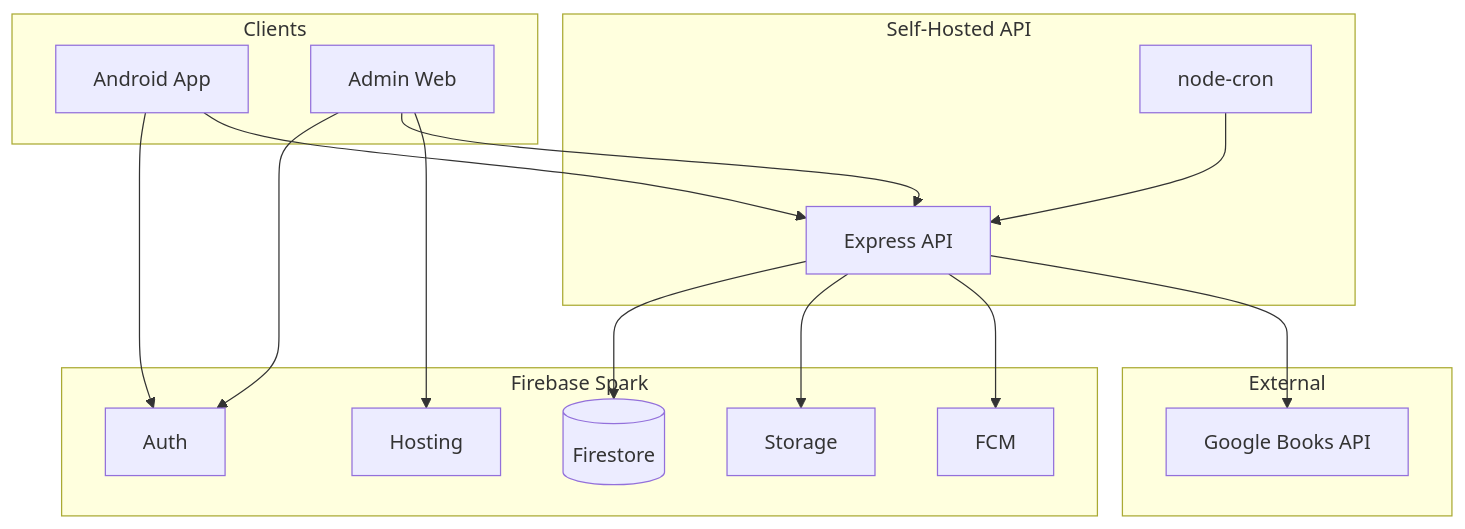
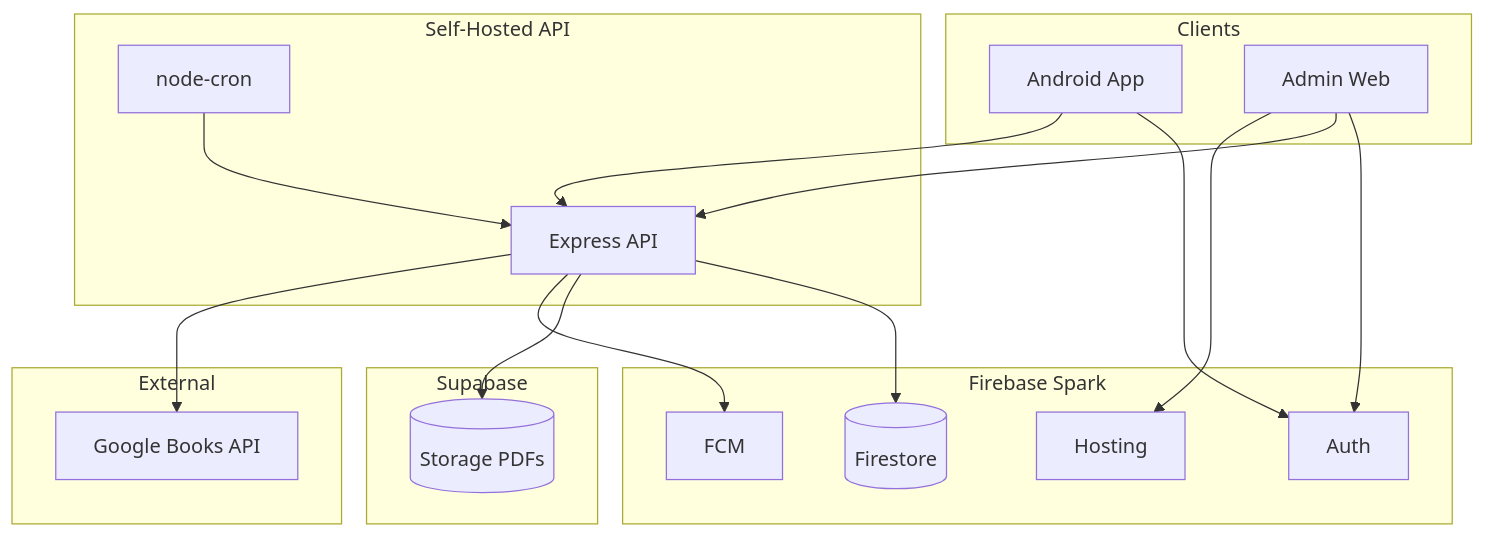
Before and after one commit to fasih-khan-niazi/DLMS: the diagram in docs/architecture.md, drawn with Mermaid. The commit also changed other lines of this file and 12 other files, not shown here.

Commit message:
feat: store digital PDFs in Supabase Storage

````diff
--- a/docs/architecture.md
+++ b/docs/architecture.md
@@ -16,35 +16,38 @@
 ```mermaid
 flowchart TB
     subgraph clients [Clients]
         Mobile["Android App"]
         Web["Admin Web"]
     end
 
     subgraph server [Self-Hosted API]
         Express["Express API"]
         Cron["node-cron"]
     end
 
     subgraph firebase [Firebase Spark]
         Auth[Auth]
         FS[(Firestore)]
-        ST[Storage]
         FCM[FCM]
         Host[Hosting]
+    end
+
+    subgraph supabase [Supabase]
+        ST[(Storage PDFs)]
     end
 
     subgraph external [External]
         Books[Google Books API]
     end
 
     Mobile --> Auth
     Mobile --> Express
     Web --> Auth
     Web --> Express
     Web --> Host
     Express --> FS
     Express --> ST
     Express --> FCM
     Express --> Books
     Cron --> Express
 ```
````
